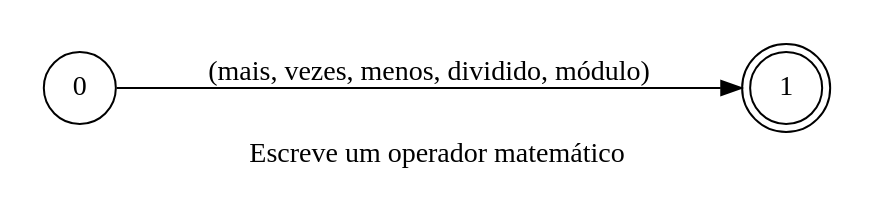
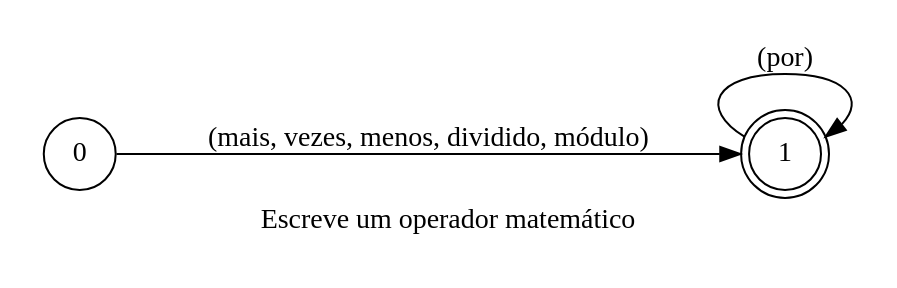
One commit to pedrooaugusto/speech-to-code changed the diagram in spoken/src/modules/typescript/math_operator/phrase_pt-BR.dot. Above: the diagram before and after it, drawn with Graphviz. The commit also changed 66 other files, not shown here.

```diff
--- a/spoken/src/modules/typescript/math_operator/phrase_pt-BR.dot
+++ b/spoken/src/modules/typescript/math_operator/phrase_pt-BR.dot
@@ -1,16 +1,17 @@
 digraph MathOperator {
     id="math_operator";
     label="Escreve um operador matemático";
     lang="pt-BR";
     langName="Português";
     pad="0.2";
     rankdir=LR;
     alias="true";
     node[shape=doublecircle]; 1;
     node[shape=circle];
 
     0 -> 1 [label="(mais, vezes, menos, dividido, módulo)", store=mathOperator, disableSpellcheck=true];
+    1 -> 1 [label="(por)"];
 
     title="Escreve uma operador matemático";
     desc="Escreve um operador matemático (*, -, +, /, '%') pensando para ser usado com expressões";
 }
```
